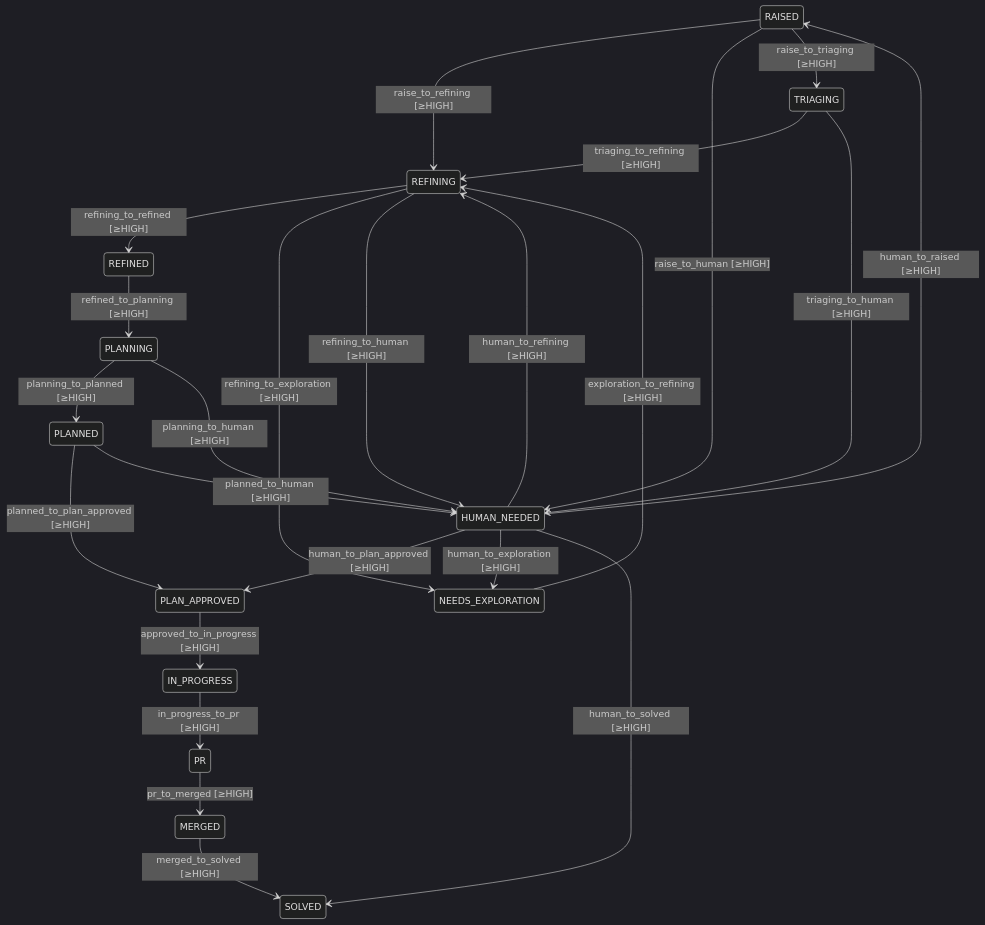
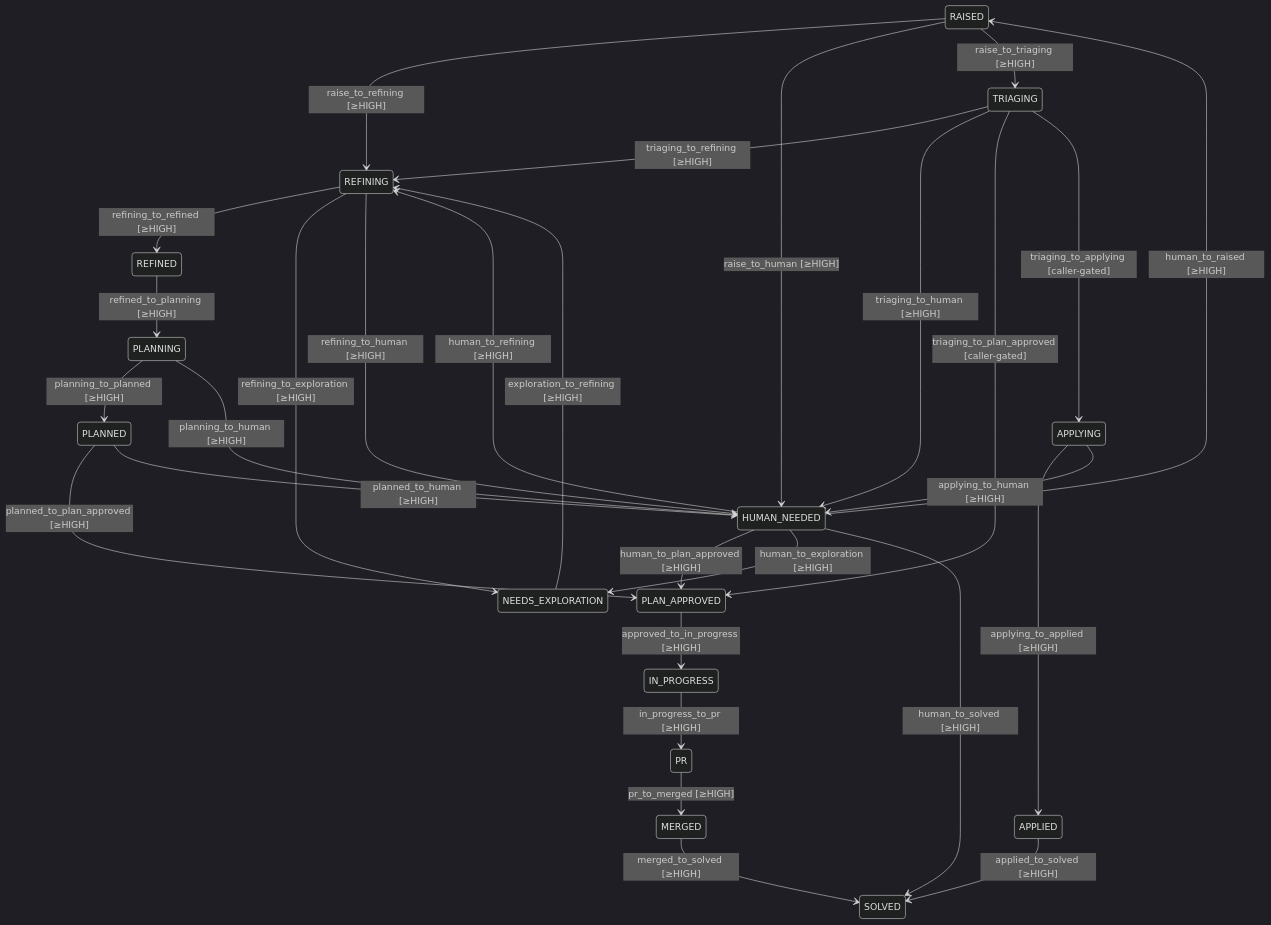
One commit to damien-robotsix/robotsix-cai changed the first of 2 diagrams in docs/fsm.md. Above: the diagram before and after it, drawn with Mermaid (dark theme). The commit also changed 1 other file, not shown here.

Commit message:
chore: auto-regenerate generated docs

````diff
--- a/docs/fsm.md
+++ b/docs/fsm.md
@@ -14,26 +14,31 @@
 ```mermaid
 stateDiagram-v2
     RAISED --> REFINING : raise_to_refining [≥HIGH]
     RAISED --> HUMAN_NEEDED : raise_to_human [≥HIGH]
     RAISED --> TRIAGING : raise_to_triaging [≥HIGH]
     TRIAGING --> REFINING : triaging_to_refining [≥HIGH]
     TRIAGING --> HUMAN_NEEDED : triaging_to_human [≥HIGH]
+    TRIAGING --> PLAN_APPROVED : triaging_to_plan_approved [caller-gated]
+    TRIAGING --> APPLYING : triaging_to_applying [caller-gated]
+    APPLYING --> APPLIED : applying_to_applied [≥HIGH]
+    APPLYING --> HUMAN_NEEDED : applying_to_human [≥HIGH]
+    APPLIED --> SOLVED : applied_to_solved [≥HIGH]
     REFINING --> REFINED : refining_to_refined [≥HIGH]
     REFINING --> NEEDS_EXPLORATION : refining_to_exploration [≥HIGH]
     REFINING --> HUMAN_NEEDED : refining_to_human [≥HIGH]
     NEEDS_EXPLORATION --> REFINING : exploration_to_refining [≥HIGH]
     REFINED --> PLANNING : refined_to_planning [≥HIGH]
     PLANNING --> PLANNED : planning_to_planned [≥HIGH]
     PLANNING --> HUMAN_NEEDED : planning_to_human [≥HIGH]
     PLANNED --> PLAN_APPROVED : planned_to_plan_approved [≥HIGH]
     PLANNED --> HUMAN_NEEDED : planned_to_human [≥HIGH]
     PLAN_APPROVED --> IN_PROGRESS : approved_to_in_progress [≥HIGH]
     IN_PROGRESS --> PR : in_progress_to_pr [≥HIGH]
     PR --> MERGED : pr_to_merged [≥HIGH]
     MERGED --> SOLVED : merged_to_solved [≥HIGH]
     HUMAN_NEEDED --> RAISED : human_to_raised [≥HIGH]
     HUMAN_NEEDED --> REFINING : human_to_refining [≥HIGH]
     HUMAN_NEEDED --> PLAN_APPROVED : human_to_plan_approved [≥HIGH]
     HUMAN_NEEDED --> NEEDS_EXPLORATION : human_to_exploration [≥HIGH]
     HUMAN_NEEDED --> SOLVED : human_to_solved [≥HIGH]
 ```
````
